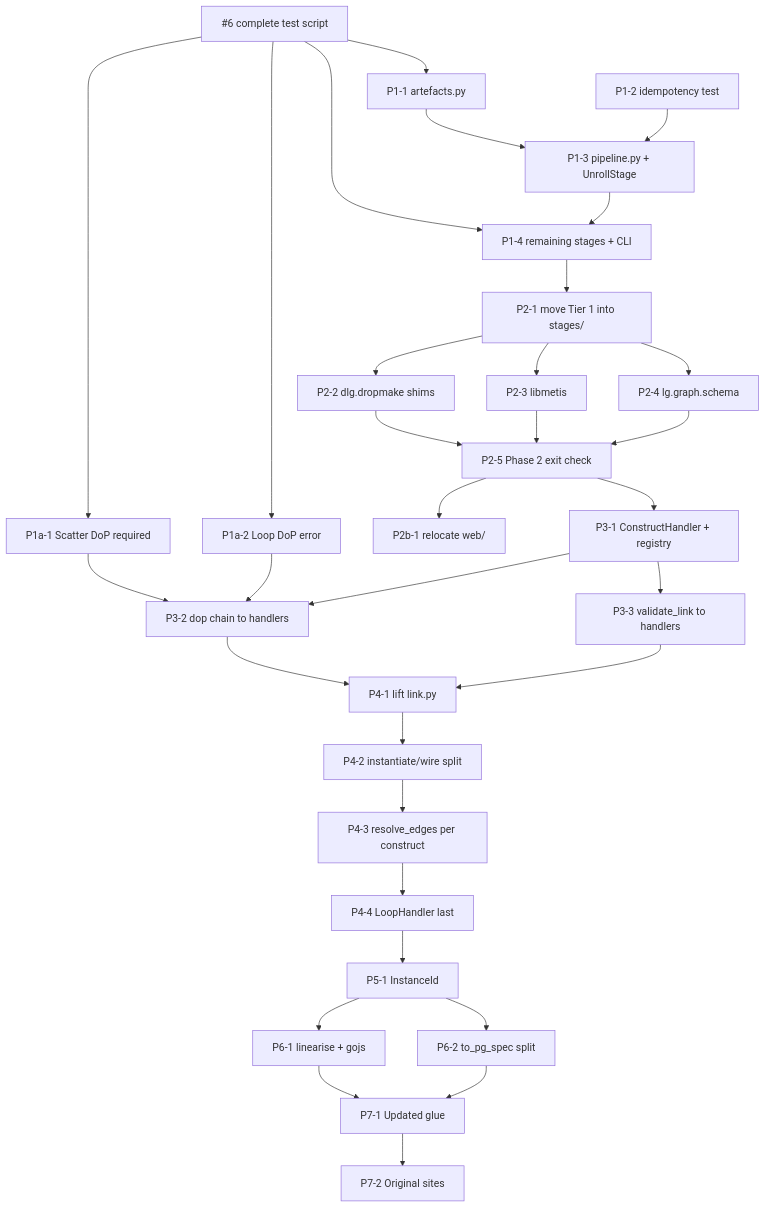
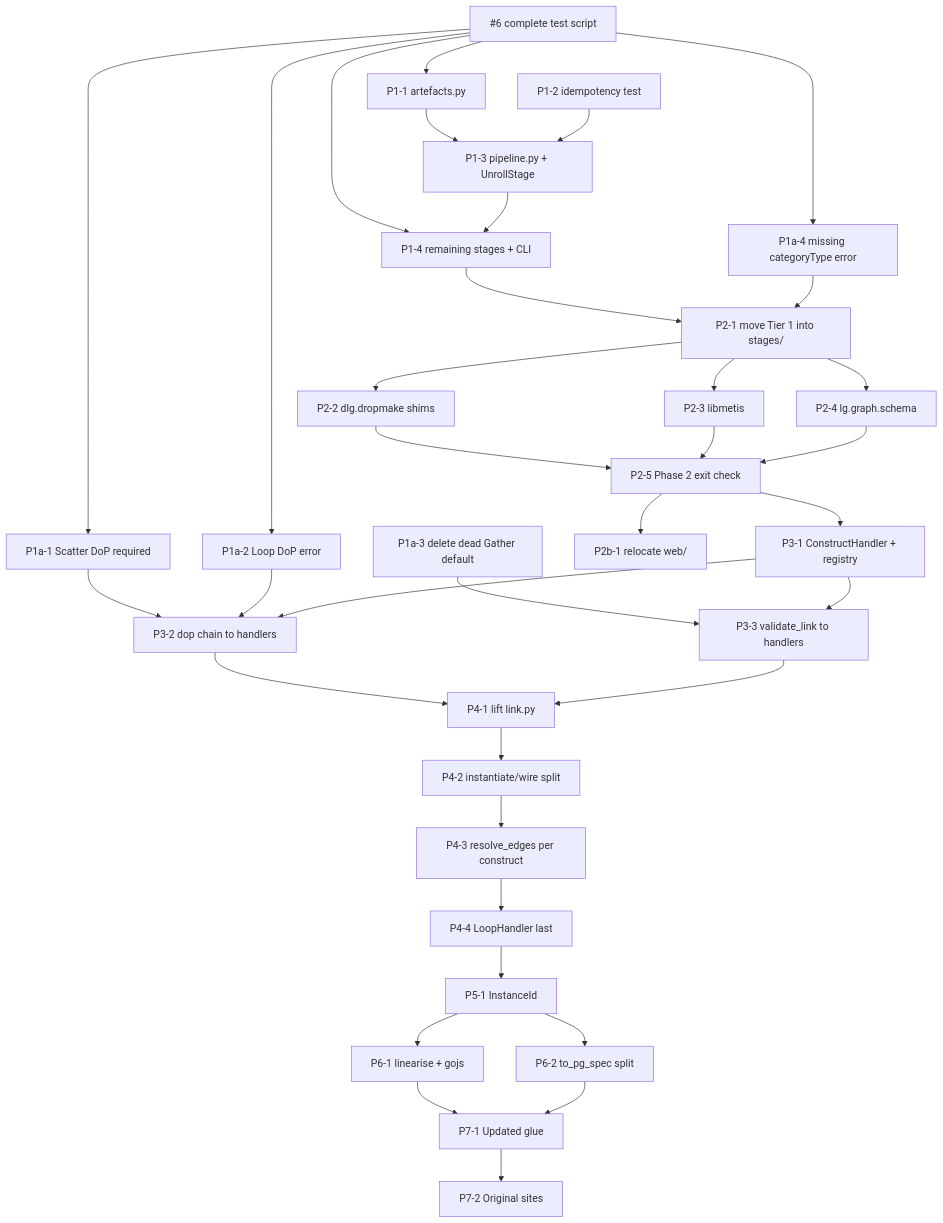
One commit to SachaPoulet/daliuge changed the diagram in daliuge-translator/ARCHITECTURE_ISSUE_PLAN.md. Above: the diagram before and after it, drawn with Mermaid. The commit also changed other lines of this file and 3 other files, not shown here.

Commit message:
answer the last open question, default of no categoryType in scatter

````diff
--- a/daliuge-translator/ARCHITECTURE_ISSUE_PLAN.md
+++ b/daliuge-translator/ARCHITECTURE_ISSUE_PLAN.md
@@ -17,18 +17,20 @@
 ```mermaid
 flowchart TD
-    I6["#6 complete test script"] --> P1_1 & P1_4 & P1a_1 & P1a_2
+    I6["#6 complete test script"] --> P1_1 & P1_4 & P1a_1 & P1a_2 & P1a_4
     P1_1["P1-1 artefacts.py"] --> P1_3
     P1_2["P1-2 idempotency test"] --> P1_3
     P1_3["P1-3 pipeline.py + UnrollStage"] --> P1_4["P1-4 remaining stages + CLI"]
     P1_4 --> P2_1["P2-1 move Tier 1 into stages/"]
     P1a_1["P1a-1 Scatter DoP required"] --> P3_2
     P1a_2["P1a-2 Loop DoP error"] --> P3_2
+    P1a_3["P1a-3 delete dead Gather default"] --> P3_3
+    P1a_4["P1a-4 missing categoryType error"] --> P2_1
     P2_1 --> P2_2["P2-2 dlg.dropmake shims"] & P2_3["P2-3 libmetis"] & P2_4["P2-4 lg.graph.schema"]
     P2_2 & P2_3 & P2_4 --> P2_5["P2-5 Phase 2 exit check"]
     P2_5 --> P2b_1["P2b-1 relocate web/"] & P3_1["P3-1 ConstructHandler + registry"]
     P3_1 --> P3_2["P3-2 dop chain to handlers"] & P3_3["P3-3 validate_link to handlers"]
     P3_2 & P3_3 --> P4_1["P4-1 lift link.py"]
     P4_1 --> P4_2["P4-2 instantiate/wire split"] --> P4_3["P4-3 resolve_edges per construct"] --> P4_4["P4-4 LoopHandler last"]
     P4_4 --> P5_1["P5-1 InstanceId"] --> P6_1["P6-1 linearise + gojs"] & P6_2["P6-2 to_pg_spec split"]
     P6_1 & P6_2 --> P7_1["P7-1 Updated glue"] --> P7_2["P7-2 Original sites"]
 ```
````
